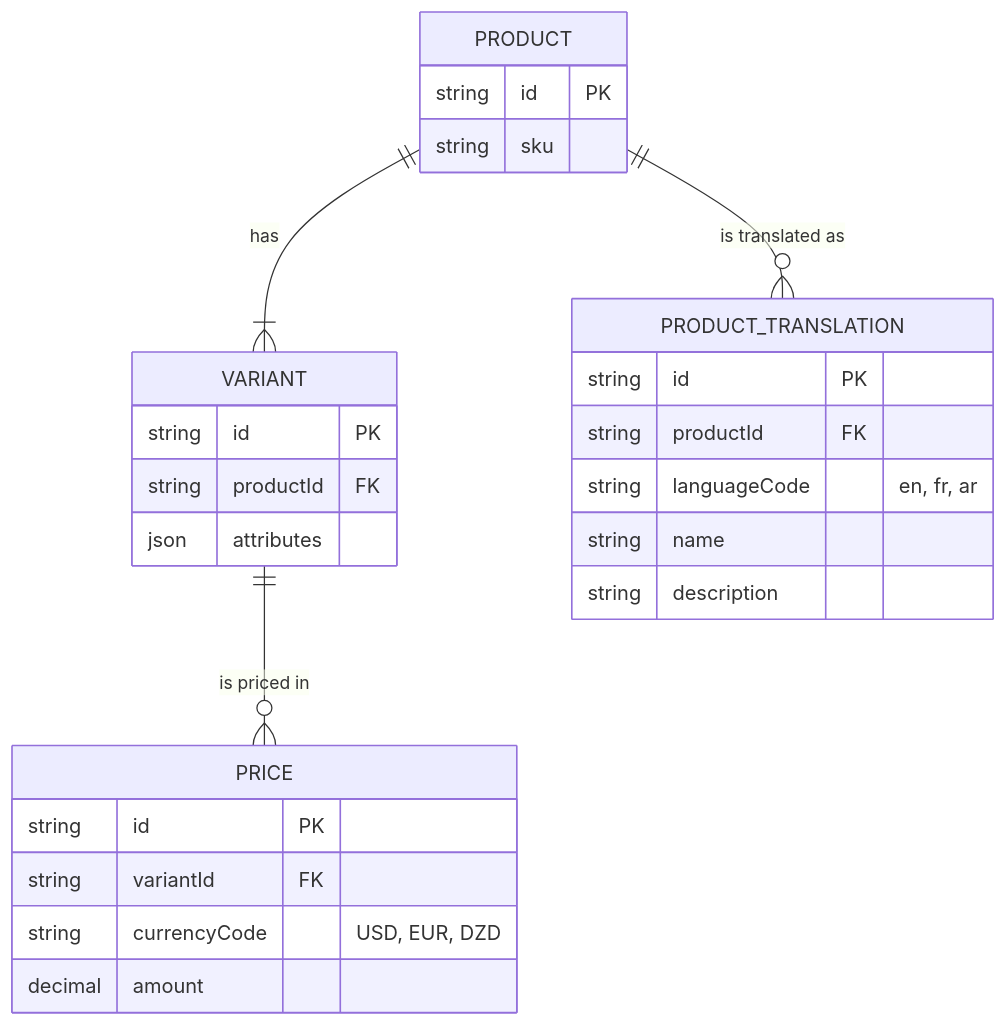
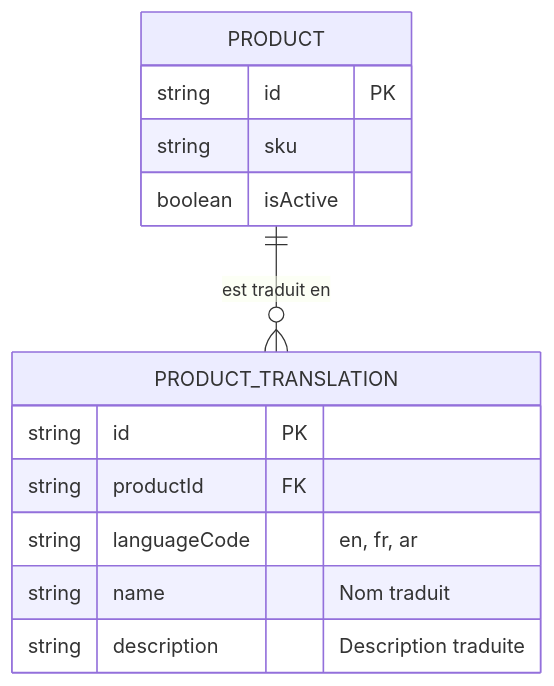
The third of 4 diagrams in i18n.md (HarcheSamir/esisba-lirmm-ecommerce), drawn with Mermaid before and after one commit. The commit also changed other lines of this file, not shown here.

````diff
--- a/i18n.md
+++ b/i18n.md
@@ -56,29 +75,18 @@
 ```mermaid
 erDiagram
-    PRODUCT ||--|{ VARIANT : "has"
-    PRODUCT ||--o{ PRODUCT_TRANSLATION : "is translated as"
-    VARIANT ||--o{ PRICE : "is priced in"
+    PRODUCT ||--o{ PRODUCT_TRANSLATION : "est traduit en"
 
     PRODUCT {
         string id PK
         string sku
+        boolean isActive
     }
+
     PRODUCT_TRANSLATION {
         string id PK
         string productId FK
         string languageCode "en, fr, ar"
-        string name
-        string description
-    }
-    VARIANT {
-        string id PK
-        string productId FK
-        json attributes
-    }
-    PRICE {
-        string id PK
-        string variantId FK
-        string currencyCode "USD, EUR, DZD"
-        decimal amount
+        string name "Nom traduit"
+        string description "Description traduite"
     }
 ```
````
